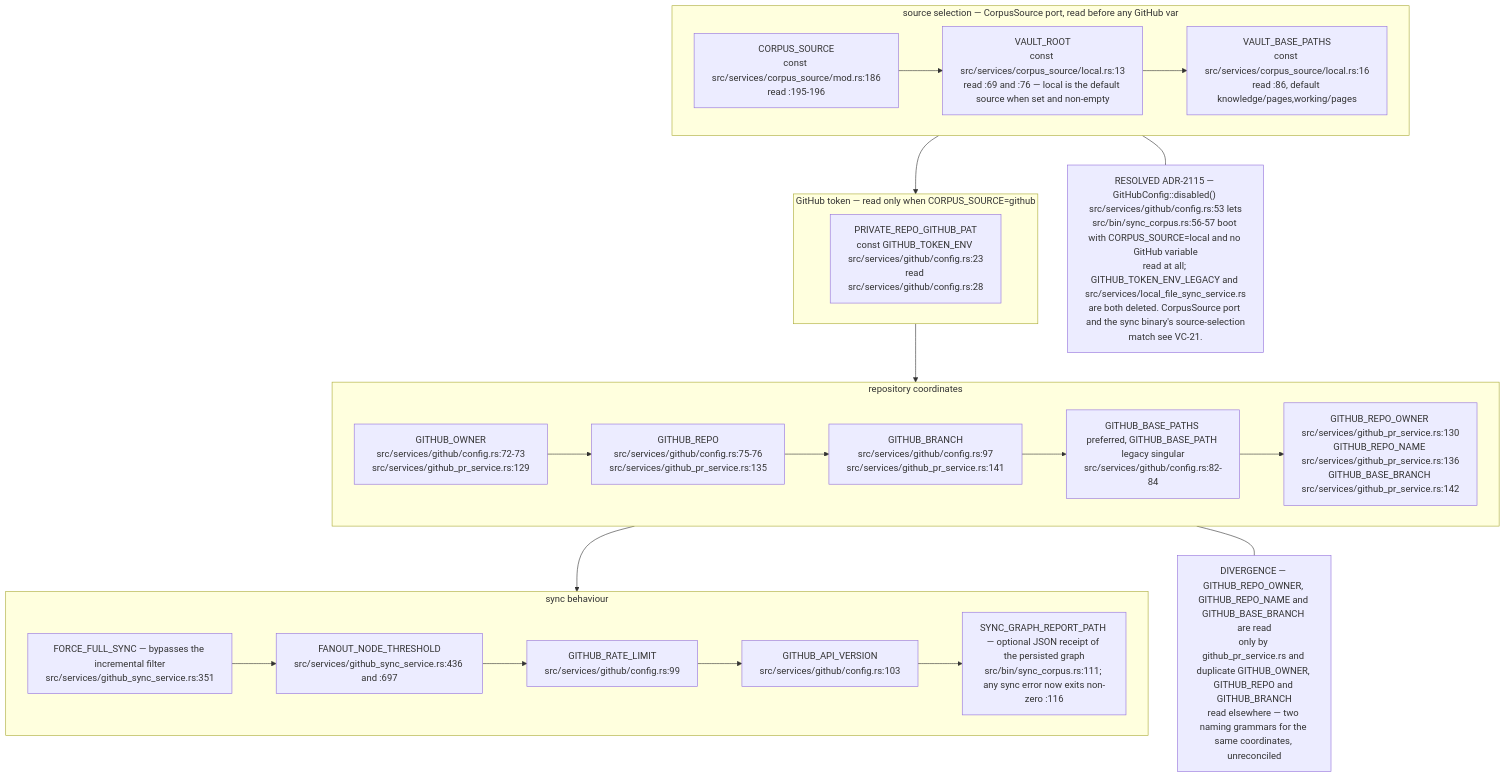
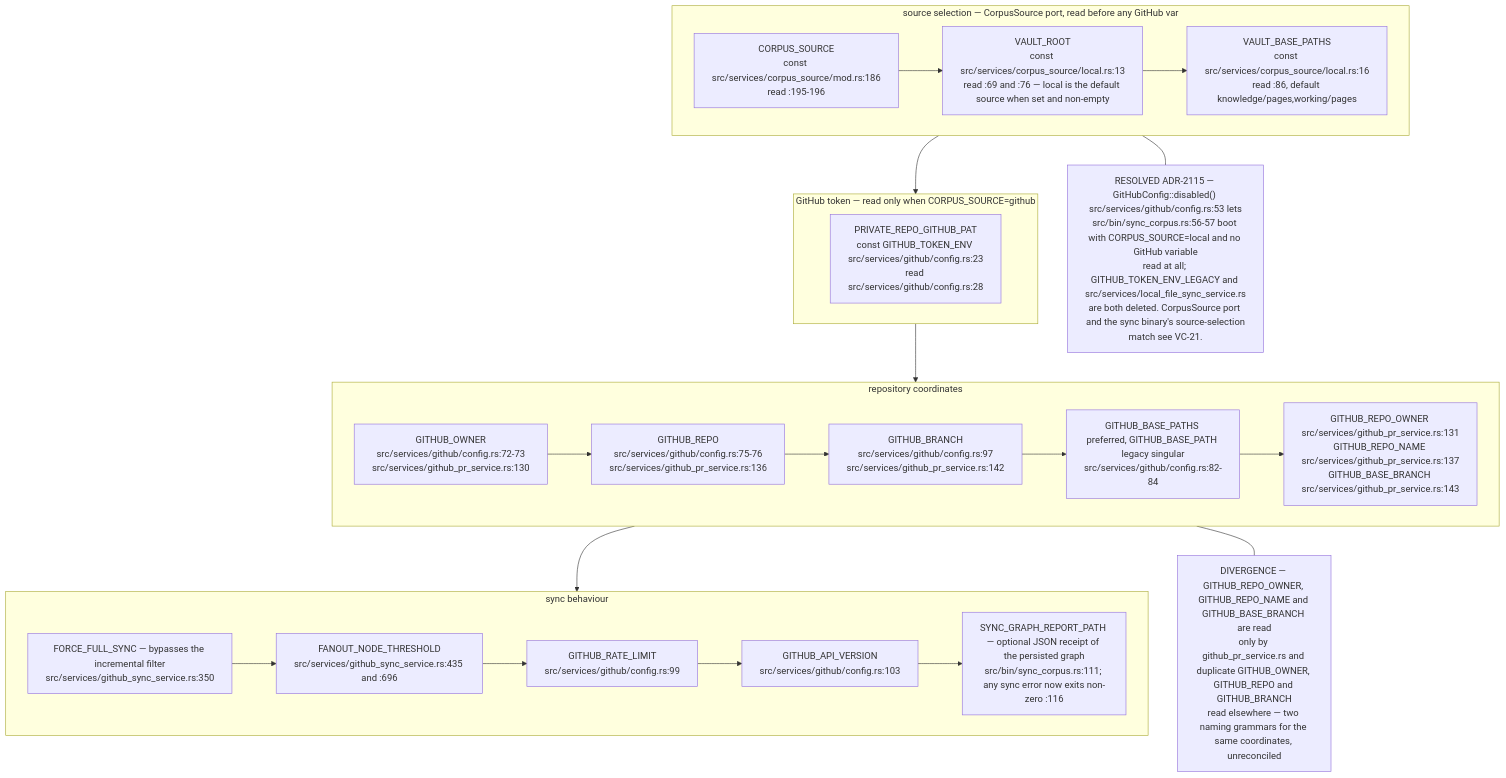
One commit to DreamLab-AI/VisionFlow changed diagram 11 of 15 in docs/diagrams/visionclaw/09-config-and-env-flags.md. Above: the diagram before and after it, drawn with Mermaid. The commit also changed other lines of this file and 8 other files, not shown here.

Commit message:
docs(diagrams): multi-MCP discovery is real; re-stamp visionclaw 01/03/05/09/27 and estate/02

````diff
--- a/docs/diagrams/visionclaw/09-config-and-env-flags.md
+++ b/docs/diagrams/visionclaw/09-config-and-env-flags.md
@@ -450,20 +450,20 @@
 ```mermaid
 flowchart TB
     subgraph SEL["source selection — CorpusSource port, read before any GitHub var"]
         C1["CORPUS_SOURCE<br/>const src/services/corpus_source/mod.rs:186<br/>read :195-196"] --> C2["VAULT_ROOT<br/>const src/services/corpus_source/local.rs:13<br/>read :69 and :76 — local is the default source when set and non-empty"] --> C3["VAULT_BASE_PATHS<br/>const src/services/corpus_source/local.rs:16<br/>read :86, default knowledge/pages,working/pages"]
     end
     subgraph TOK["GitHub token — read only when CORPUS_SOURCE=github"]
         T1["PRIVATE_REPO_GITHUB_PAT<br/>const GITHUB_TOKEN_ENV src/services/github/config.rs:23<br/>read src/services/github/config.rs:28"]
     end
     subgraph LOC["repository coordinates"]
-        L1["GITHUB_OWNER<br/>src/services/github/config.rs:72-73<br/>src/services/github_pr_service.rs:129"] --> L2["GITHUB_REPO<br/>src/services/github/config.rs:75-76<br/>src/services/github_pr_service.rs:135"] --> L3["GITHUB_BRANCH<br/>src/services/github/config.rs:97<br/>src/services/github_pr_service.rs:141"] --> L4["GITHUB_BASE_PATHS preferred, GITHUB_BASE_PATH legacy singular<br/>src/services/github/config.rs:82-84"] --> L5["GITHUB_REPO_OWNER src/services/github_pr_service.rs:130<br/>GITHUB_REPO_NAME src/services/github_pr_service.rs:136<br/>GITHUB_BASE_BRANCH src/services/github_pr_service.rs:142"]
+        L1["GITHUB_OWNER<br/>src/services/github/config.rs:72-73<br/>src/services/github_pr_service.rs:130"] --> L2["GITHUB_REPO<br/>src/services/github/config.rs:75-76<br/>src/services/github_pr_service.rs:136"] --> L3["GITHUB_BRANCH<br/>src/services/github/config.rs:97<br/>src/services/github_pr_service.rs:142"] --> L4["GITHUB_BASE_PATHS preferred, GITHUB_BASE_PATH legacy singular<br/>src/services/github/config.rs:82-84"] --> L5["GITHUB_REPO_OWNER src/services/github_pr_service.rs:131<br/>GITHUB_REPO_NAME src/services/github_pr_service.rs:137<br/>GITHUB_BASE_BRANCH src/services/github_pr_service.rs:143"]
     end
     subgraph BEHAV["sync behaviour"]
-        B1["FORCE_FULL_SYNC — bypasses the incremental filter<br/>src/services/github_sync_service.rs:351"] --> B2["FANOUT_NODE_THRESHOLD<br/>src/services/github_sync_service.rs:436 and :697"] --> B3["GITHUB_RATE_LIMIT<br/>src/services/github/config.rs:99"] --> B4["GITHUB_API_VERSION<br/>src/services/github/config.rs:103"] --> B5["SYNC_GRAPH_REPORT_PATH — optional JSON receipt of the persisted graph<br/>src/bin/sync_corpus.rs:111; any sync error now exits non-zero :116"]
+        B1["FORCE_FULL_SYNC — bypasses the incremental filter<br/>src/services/github_sync_service.rs:350"] --> B2["FANOUT_NODE_THRESHOLD<br/>src/services/github_sync_service.rs:435 and :696"] --> B3["GITHUB_RATE_LIMIT<br/>src/services/github/config.rs:99"] --> B4["GITHUB_API_VERSION<br/>src/services/github/config.rs:103"] --> B5["SYNC_GRAPH_REPORT_PATH — optional JSON receipt of the persisted graph<br/>src/bin/sync_corpus.rs:111; any sync error now exits non-zero :116"]
     end
     SEL --> TOK --> LOC --> BEHAV
     N4["DIVERGENCE — GITHUB_REPO_OWNER, GITHUB_REPO_NAME and GITHUB_BASE_BRANCH are read<br/>only by github_pr_service.rs and duplicate GITHUB_OWNER, GITHUB_REPO and GITHUB_BRANCH<br/>read elsewhere — two naming grammars for the same coordinates, unreconciled"]
     LOC --- N4
     N5["RESOLVED ADR-2115 — GitHubConfig::disabled() src/services/github/config.rs:53 lets<br/>src/bin/sync_corpus.rs:56-57 boot with CORPUS_SOURCE=local and no GitHub variable<br/>read at all; GITHUB_TOKEN_ENV_LEGACY and src/services/local_file_sync_service.rs<br/>are both deleted. CorpusSource port and the sync binary's source-selection<br/>match see VC-21."]
     SEL --- N5
 ```
````
